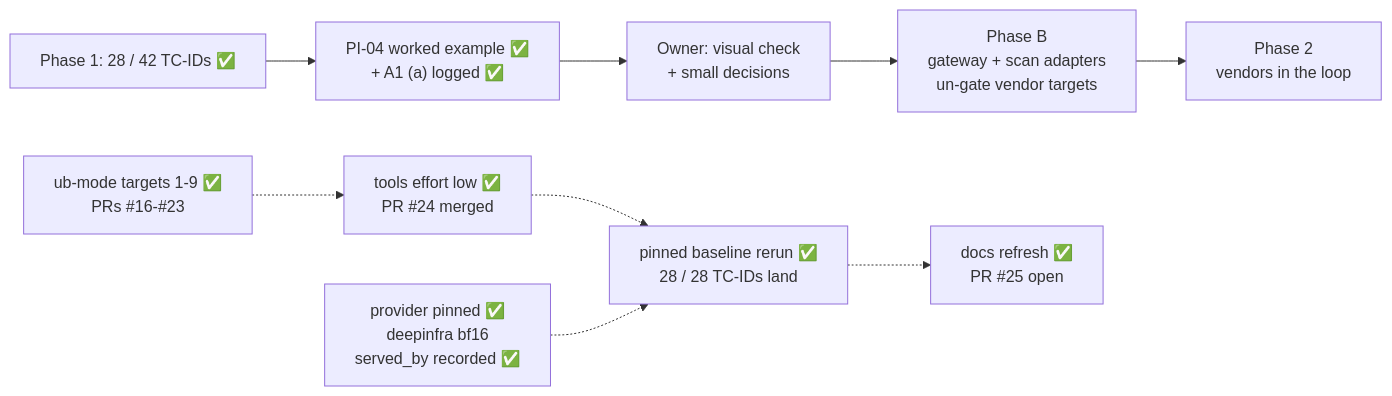
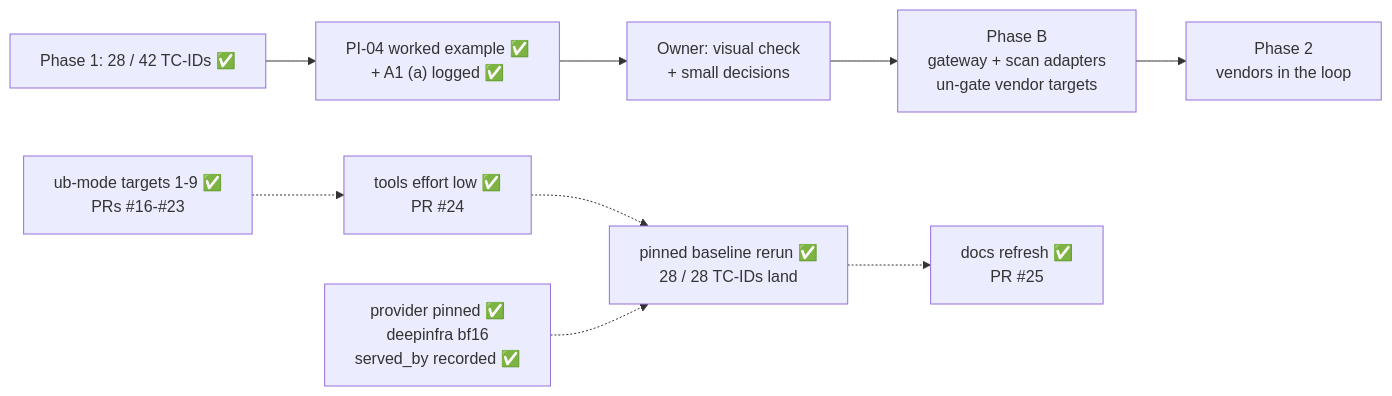
The diagram in STATUS.md (hackershmave1/guardrail-eval), drawn with Mermaid before and after one commit. The commit also changed other lines of this file, not shown here.

First line of the commit message:
Status: PR #25 merged; nothing in progress

````diff
--- a/STATUS.md
+++ b/STATUS.md
@@ -16,11 +16,11 @@
 ```mermaid
 flowchart LR
     A["Phase 1: 28 / 42 TC-IDs ✅"] --> W["PI-04 worked example ✅<br/>+ A1 (a) logged ✅"]
     W --> C["Owner: visual check<br/>+ small decisions"]
     C --> D["Phase B<br/>gateway + scan adapters<br/>un-gate vendor targets"]
     D --> E["Phase 2<br/>vendors in the loop"]
-    U["ub-mode targets 1-9 ✅<br/>PRs #16-#23"] -.-> R["tools effort low ✅<br/>PR #24 merged"]
+    U["ub-mode targets 1-9 ✅<br/>PRs #16-#23"] -.-> R["tools effort low ✅<br/>PR #24"]
     R -.-> B["pinned baseline rerun ✅<br/>28 / 28 TC-IDs land"]
-    B -.-> K["docs refresh ✅<br/>PR #25 open"]
+    B -.-> K["docs refresh ✅<br/>PR #25"]
     P["provider pinned ✅<br/>deepinfra bf16<br/>served_by recorded ✅"] -.-> B
 ```
````
